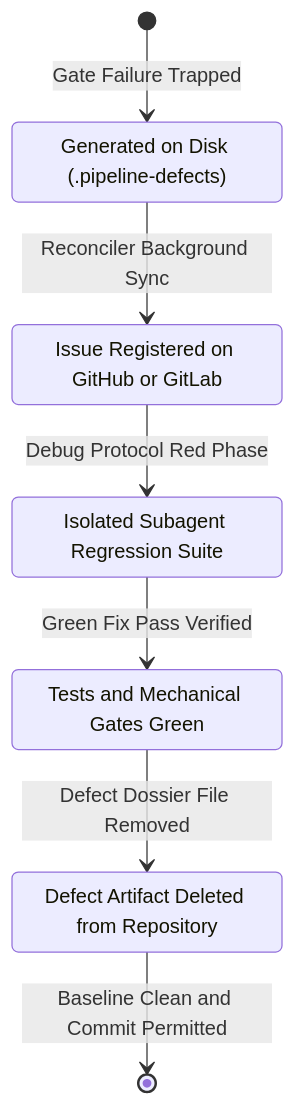
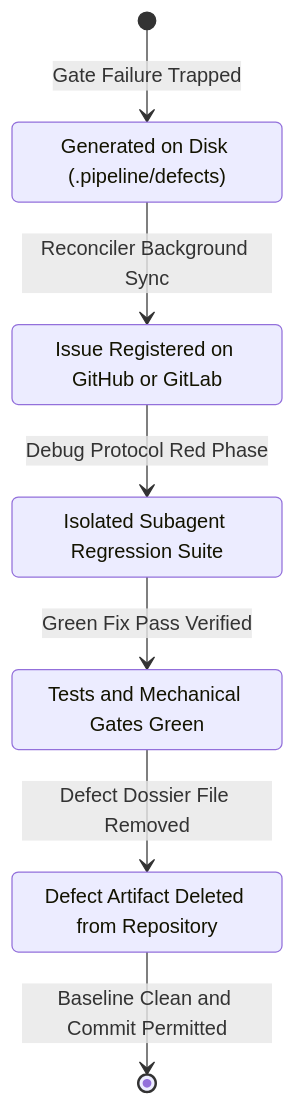
One commit to gintatkinson/DEAP01-spec-core changed the third of 3 diagrams in docs/architecture/FAIL_SAFE_MECHANICAL_GATE_ENFORCEMENT_ARCHITECTURE.md. Above: the diagram before and after it, drawn with Mermaid. The commit also changed other lines of this file and 14 other files, not shown here.

````diff
--- a/docs/architecture/FAIL_SAFE_MECHANICAL_GATE_ENFORCEMENT_ARCHITECTURE.md
+++ b/docs/architecture/FAIL_SAFE_MECHANICAL_GATE_ENFORCEMENT_ARCHITECTURE.md
@@ -321,15 +321,15 @@
 ```mermaid
 stateDiagram-v2
     [*] --> Generated: Gate Failure Trapped
     Generated --> TrackerRegistered: Reconciler Background Sync
     TrackerRegistered --> TDDFixing: Debug Protocol Red Phase
     TDDFixing --> Resolved: Green Fix Pass Verified
     Resolved --> Cleared: Defect Dossier File Removed
     Cleared --> [*]: Baseline Clean and Commit Permitted
 
-    Generated: Generated on Disk (.pipeline-defects)
+    Generated: Generated on Disk (.pipeline/defects)
     TrackerRegistered: Issue Registered on GitHub or GitLab
     TDDFixing: Isolated Subagent Regression Suite
     Resolved: Tests and Mechanical Gates Green
     Cleared: Defect Artifact Deleted from Repository
 ```
````
